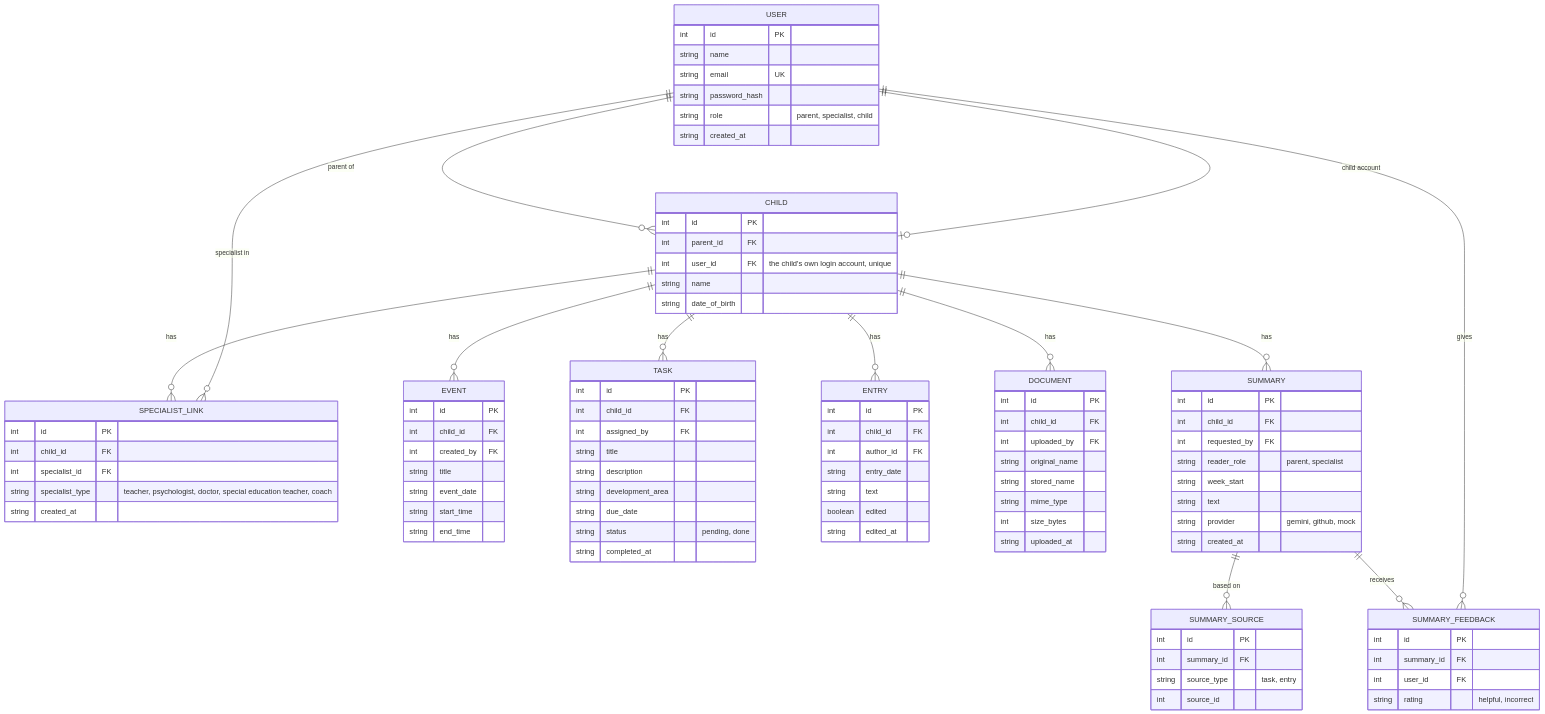
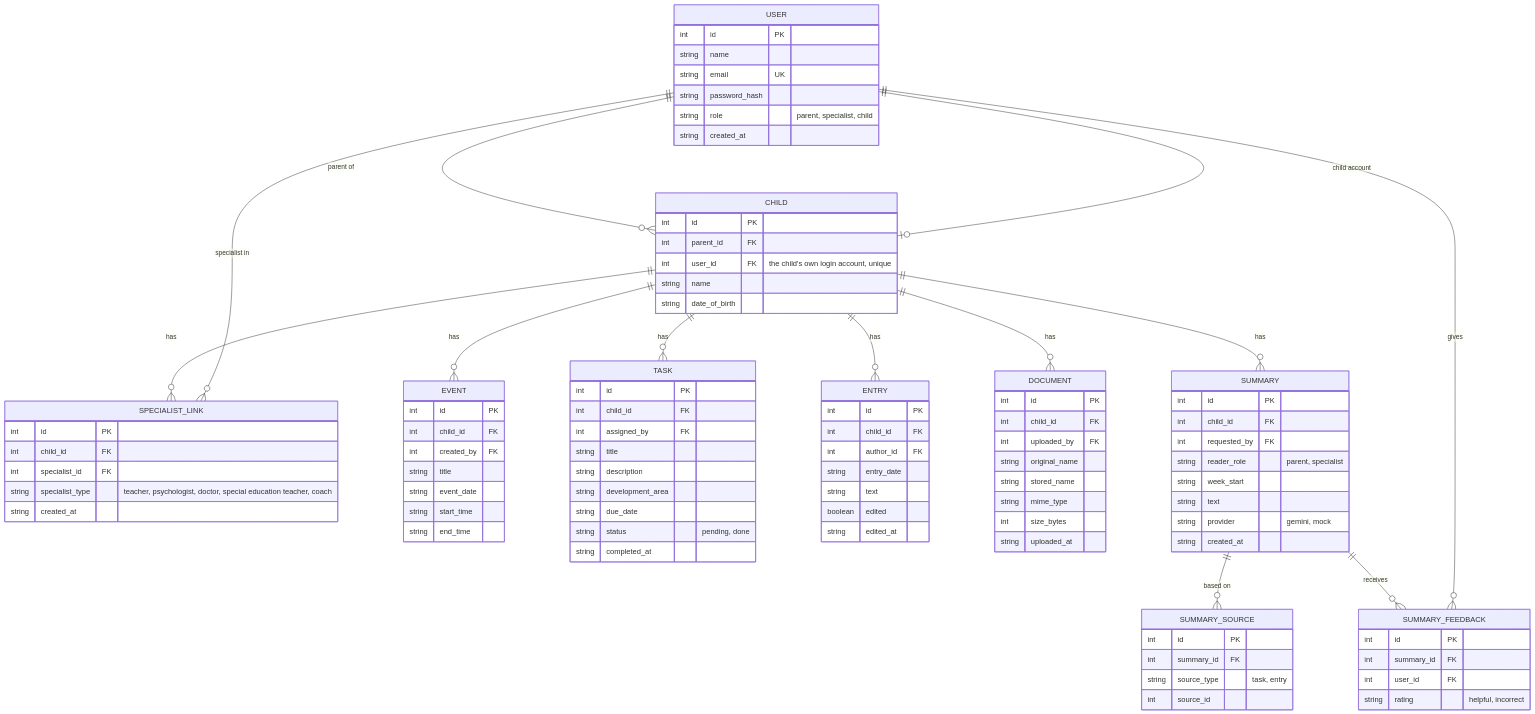
Before and after one commit to Alsoren/child-development-platform: the second of 6 diagrams in docs/SDD.md, drawn with Mermaid. The commit also changed other lines of this file and 1 other file, not shown here.

Commit message:
SCRUM-35 Close A7 (Gemini API) and A8 (English)

```diff
--- a/docs/SDD.md
+++ b/docs/SDD.md
@@ -141,7 +141,7 @@
         string reader_role "parent, specialist"
         string week_start
         string text
-        string provider "gemini, github, mock"
+        string provider "gemini, mock"
         string created_at
     }
     SUMMARY_SOURCE {
```
